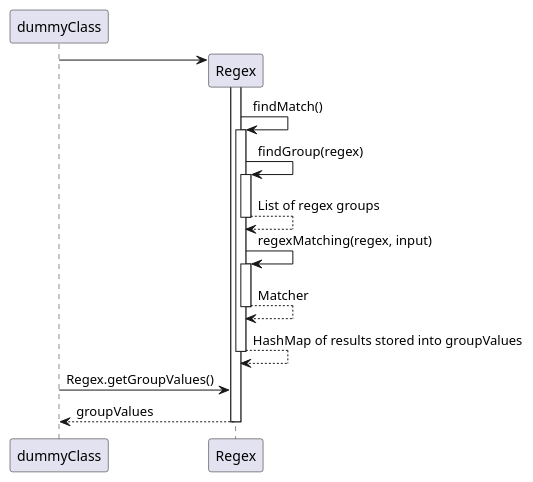
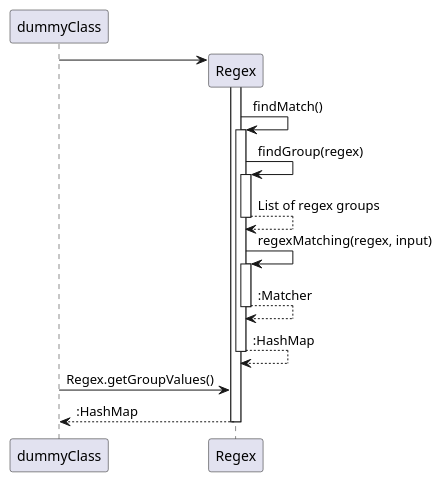
One commit to nus-cs2113-AY2122S2/tp changed the diagram in docs/diagrams/RegexMatching.puml. Above: the diagram before and after it, drawn with PlantUML.

```diff
--- a/docs/diagrams/RegexMatching.puml
+++ b/docs/diagrams/RegexMatching.puml
@@ -1,19 +1,19 @@
 @startuml
 'https://plantuml.com/sequence-diagram
 
 participant dummyClass as dummyClass
 participant Regex as regex
 
 create regex
 dummyClass -> regex
 activate regex
 regex -> regex ++ : findMatch()
 regex -> regex ++ : findGroup(regex)
 regex --> regex -- : List of regex groups
 regex -> regex ++ : regexMatching(regex, input)
-regex --> regex -- : Matcher
-regex --> regex -- : HashMap of results stored into groupValues
+regex --> regex -- : :Matcher
+regex --> regex -- : :HashMap
 dummyClass -> regex : Regex.getGroupValues()
-regex --> dummyClass : groupValues
+regex --> dummyClass : :HashMap
 deactivate regex
 @enduml
```
